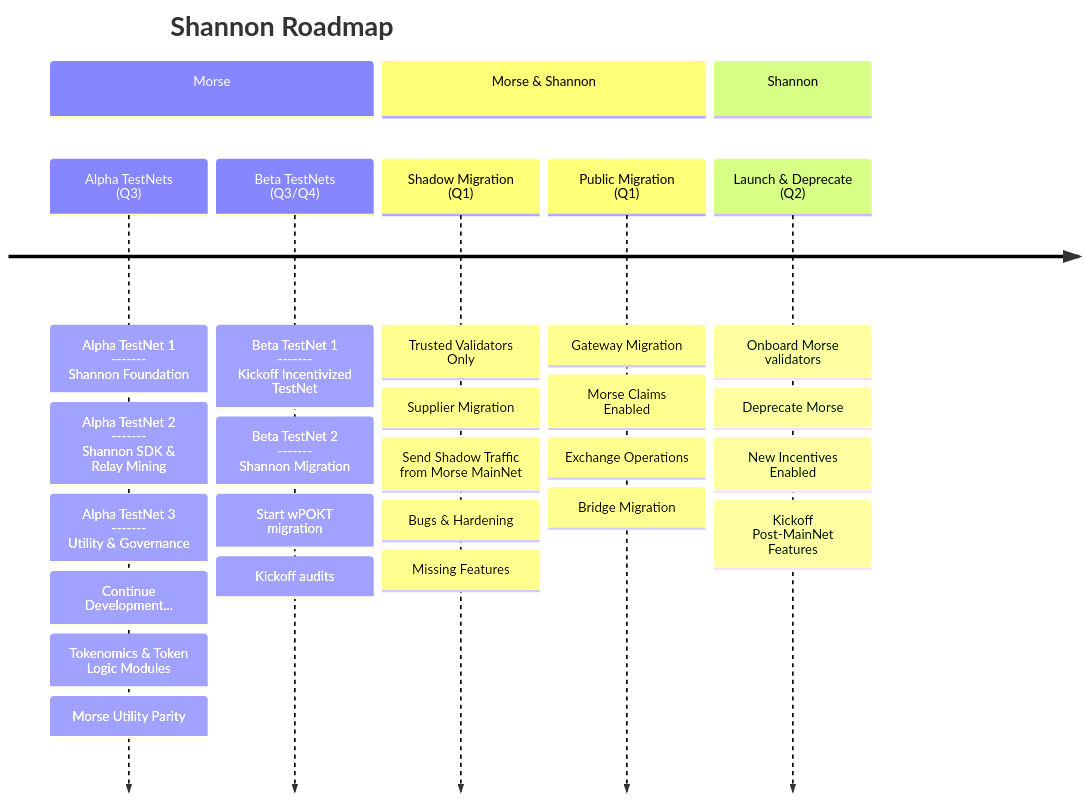
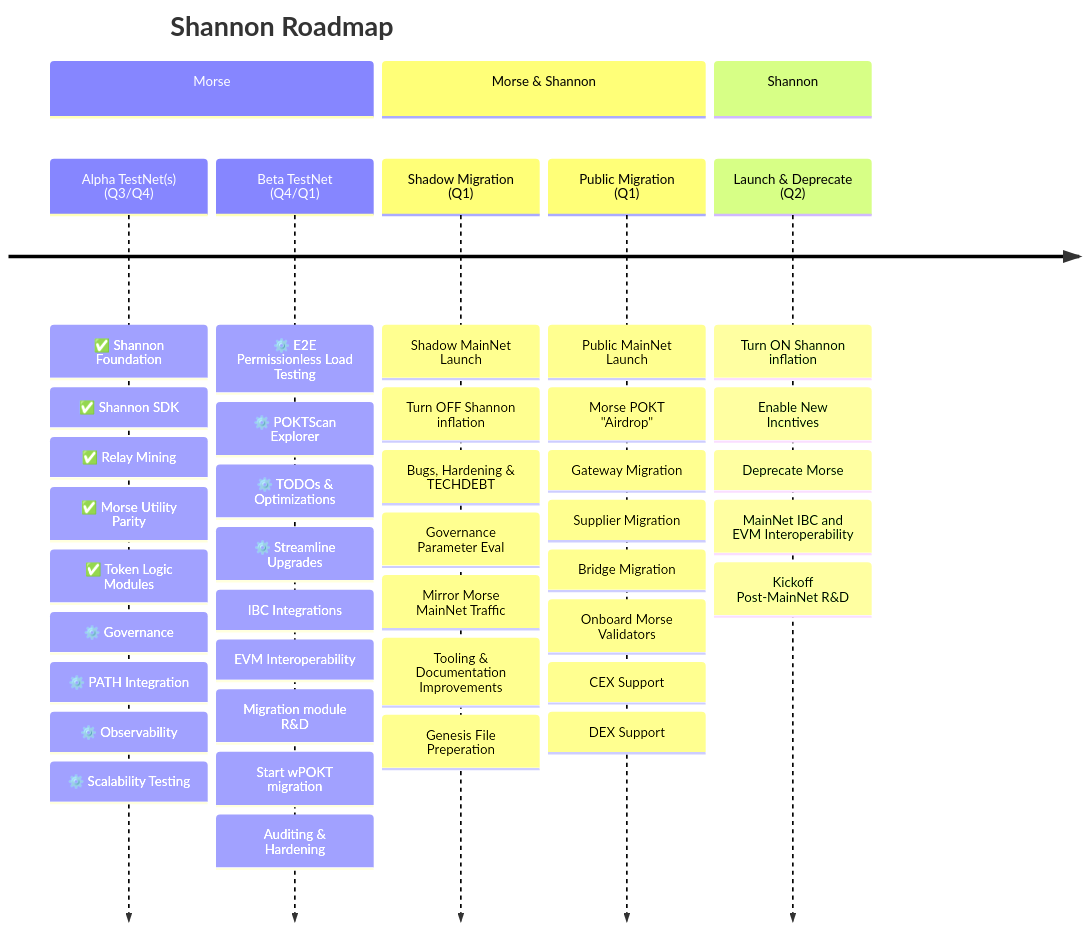
Before and after one commit to pokt-network/poktroll: the diagram in docusaurus/docs/explore/roadmap.md, drawn with Mermaid. The commit also changed other lines of this file and 3 other files, not shown here.

````diff
--- a/docusaurus/docs/explore/roadmap.md
+++ b/docusaurus/docs/explore/roadmap.md
@@ -15,35 +15,50 @@
 ```mermaid
 timeline
     title Shannon Roadmap
     section Morse
-      Alpha TestNets <br> (Q3):
-          Alpha TestNet 1 <br> ------- <br> Shannon Foundation:
-          Alpha TestNet 2 <br> ------- <br> Shannon SDK & Relay Mining:
-          Alpha TestNet 3 <br> ------- <br> Utility & Governance:
-          Continue Development...:
-          Tokenomics & Token Logic Modules:
-          Morse Utility Parity
-        Beta TestNets (Q3/Q4):
-          Beta TestNet 1 <br> ------- <br> Kickoff Incentivized TestNet:
-          Beta TestNet 2 <br> ------- <br> Shannon Migration:
-                Start wPOKT migration:
-                Kickoff audits
+      Alpha TestNet(s) <br> (Q3/Q4):
+	      ✅ Shannon Foundation:
+	      ✅ Shannon SDK:
+	      ✅ Relay Mining:
+	      ✅ Morse Utility Parity:
+	      ✅ Token Logic Modules:
+	      ⚙️ Governance:
+	      ⚙️ PATH Integration:
+	      ⚙️ Observability:
+	      ⚙️ Scalability Testing
+	    Beta TestNet (Q4/Q1):
+	      ⚙️  E2E Permissionless Load Testing:
+	      ⚙️  POKTScan Explorer:
+	      ⚙️  TODOs & Optimizations:
+	      ⚙️  Streamline Upgrades:
+	      IBC Integrations:
+	      EVM Interoperability:
+	      Migration module R&D:
+				Start wPOKT migration:
+				Auditing & Hardening
     section Morse & Shannon
-            Shadow Migration <br> (Q1):
-                Trusted Validators Only:
+			Shadow Migration <br> (Q1):
+				Shadow MainNet Launch:
+                Turn OFF Shannon inflation:
+				Bugs, Hardening & TECHDEBT:
+				Governance Parameter Eval:
+				Mirror Morse MainNet Traffic:
+				Tooling & Documentation Improvements:
+				Genesis File Preperation
+			Public Migration <br> (Q1):
+                Public MainNet Launch:
+				Morse POKT "Airdrop":
+				Gateway Migration:
                 Supplier Migration:
-                Send Shadow Traffic from Morse MainNet:
-                Bugs & Hardening:
-                Missing Features
-            Public Migration <br> (Q1):
-                Gateway Migration:
-                Morse Claims Enabled:
-                Exchange Operations:
-                Bridge Migration
+				Bridge Migration:
+				Onboard Morse Validators:
+				CEX Support:
+                DEX Support
     section Shannon
-        Launch & Deprecate <br> (Q2):
-            Onboard Morse validators:
-            Deprecate Morse <br>:
-            New Incentives Enabled:
-            Kickoff Post-MainNet Features
+	    Launch & Deprecate <br> (Q2):
+            Turn ON Shannon inflation:
+		    Enable New Incntives:
+		    Deprecate Morse:
+            MainNet IBC and EVM Interoperability:
+		    Kickoff Post-MainNet R&D
 ```
````
